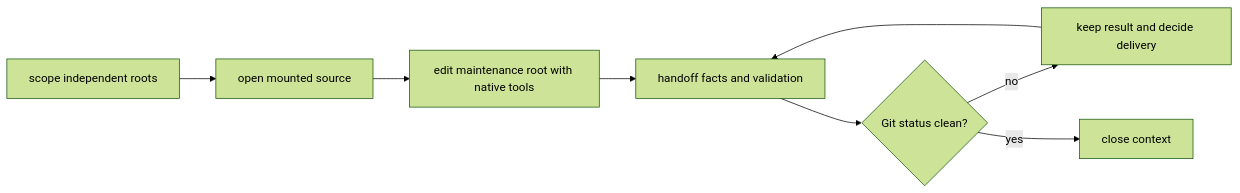
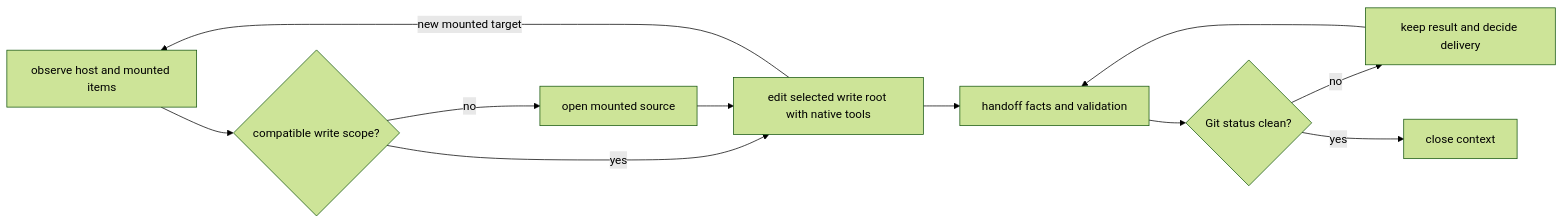
Before and after one commit to Viennan/doctidex: the fourth of 4 diagrams in impls/docs/doctidex-git/architecture/subsystems-and-lifecycles.md, drawn with Mermaid (forest theme). The commit also changed other lines of this file and 44 other files, not shown here.

````diff
--- a/impls/docs/doctidex-git/architecture/subsystems-and-lifecycles.md
+++ b/impls/docs/doctidex-git/architecture/subsystems-and-lifecycles.md
@@ -113,10 +113,13 @@
 ```mermaid
 flowchart LR
-    S[scope independent roots] --> O[open mounted source]
-    O --> E[edit maintenance root with native tools]
+    S[observe host and mounted items] --> R{compatible write scope?}
+    R -->|yes| E[edit selected write root with native tools]
+    R -->|no| O[open mounted source]
+    O --> E
+    E -->|new mounted target| S
     E --> H[handoff facts and validation]
     H --> G{Git status clean?}
     G -->|no| K[keep result and decide delivery]
     K --> H
     G -->|yes| C[close context]
 ```
````
